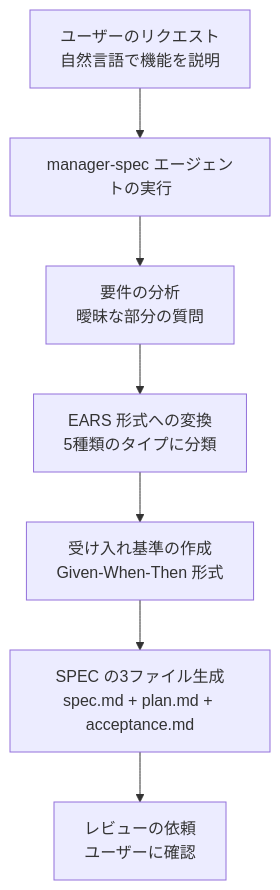
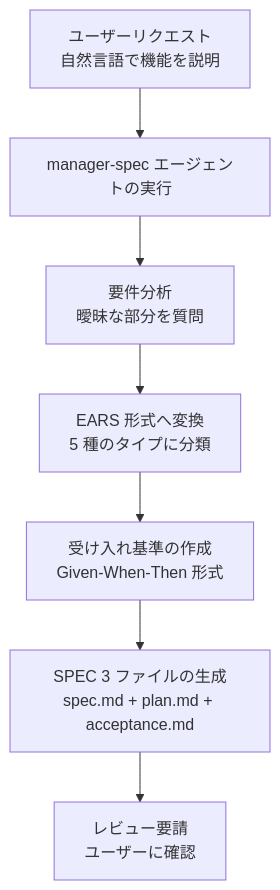
The fourth of 5 diagrams in docs-site/content/ja/core-concepts/spec-based-dev.md (modu-ai/moai-adk), drawn with Mermaid before and after one commit. The commit also changed other lines of this file and 180 other files, not shown here.

````diff
--- a/docs-site/content/ja/core-concepts/spec-based-dev.md
+++ b/docs-site/content/ja/core-concepts/spec-based-dev.md
@@ -334,9 +353,9 @@
 ```mermaid
 flowchart TD
-    A["ユーザーのリクエスト\n自然言語で機能を説明"] --> B["manager-spec エージェントの実行"]
-    B --> C["要件の分析\n曖昧な部分の質問"]
-    C --> D["EARS 形式への変換\n5種類のタイプに分類"]
+    A["ユーザーリクエスト\n自然言語で機能を説明"] --> B["manager-spec エージェントの実行"]
+    B --> C["要件分析\n曖昧な部分を質問"]
+    C --> D["EARS 形式へ変換\n5 種のタイプに分類"]
     D --> E["受け入れ基準の作成\nGiven-When-Then 形式"]
-    E --> F["SPEC の3ファイル生成\nspec.md + plan.md + acceptance.md"]
-    F --> G["レビューの依頼\nユーザーに確認"]
+    E --> F["SPEC 3 ファイルの生成\nspec.md + plan.md + acceptance.md"]
+    F --> G["レビュー要請\nユーザーに確認"]
 ```
````
